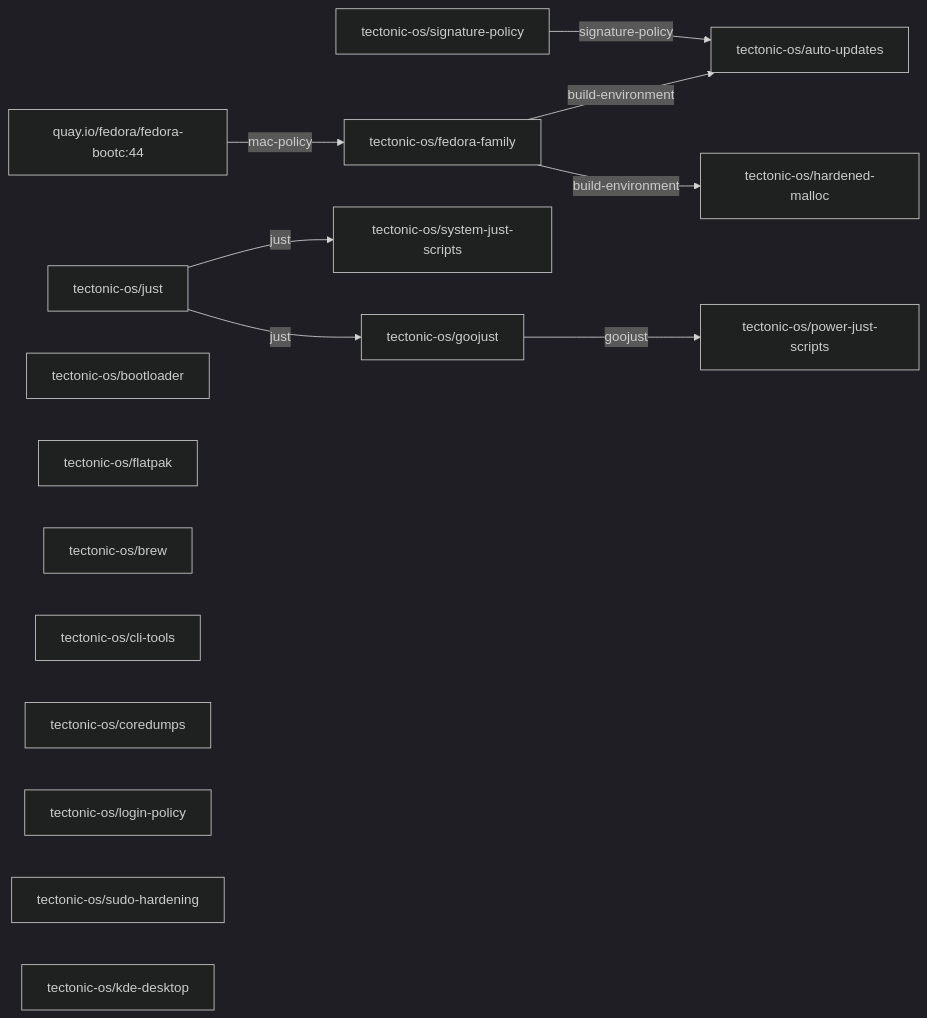
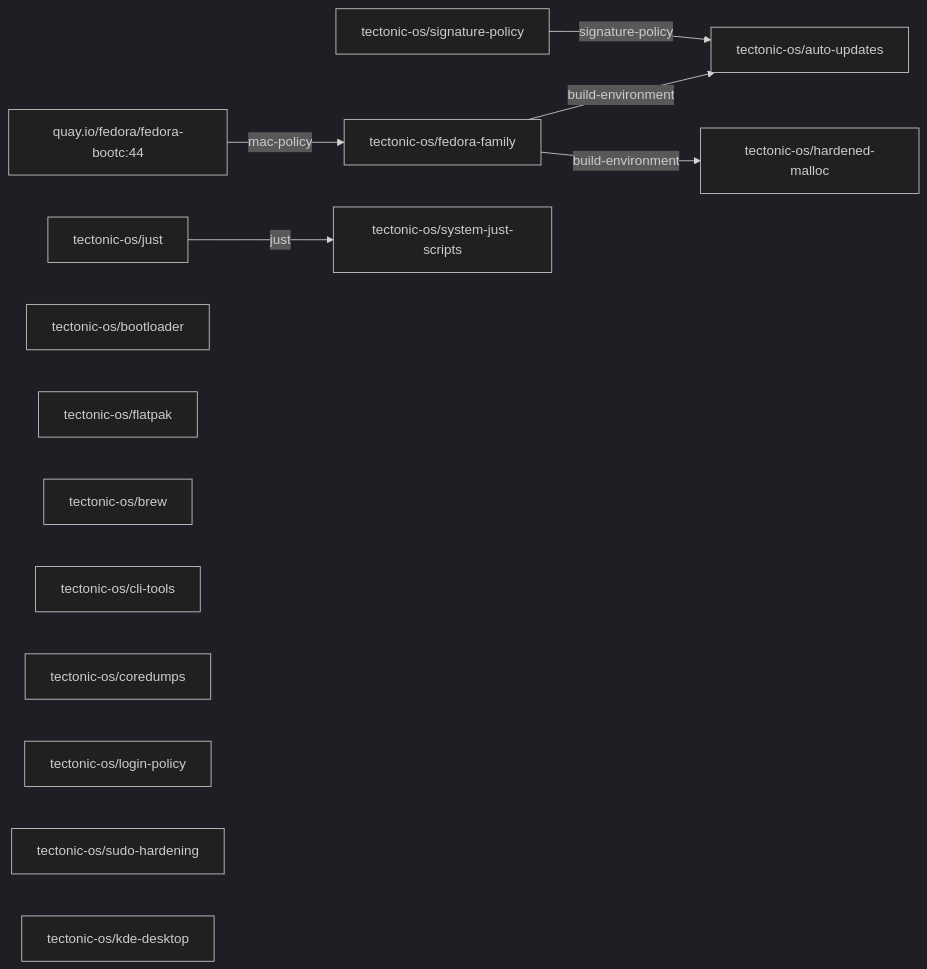
The diagram in generated/desktop.graph.md (tectonic-os/desktop), drawn with Mermaid (dark theme) before and after one commit. The commit also changed other lines of this file and 16 other files, not shown here.

````diff
--- a/generated/desktop.graph.md
+++ b/generated/desktop.graph.md
@@ -9,27 +9,23 @@
 ```mermaid
 graph LR
     base["quay.io/fedora/fedora-bootc:44"]
     m0["tectonic-os/fedora-family"]
     m1["tectonic-os/just"]
     m2["tectonic-os/bootloader"]
     m3["tectonic-os/signature-policy"]
     m4["tectonic-os/auto-updates"]
     m5["tectonic-os/system-just-scripts"]
     m6["tectonic-os/flatpak"]
     m7["tectonic-os/brew"]
     m8["tectonic-os/cli-tools"]
     m9["tectonic-os/coredumps"]
     m10["tectonic-os/login-policy"]
     m11["tectonic-os/hardened-malloc"]
     m12["tectonic-os/sudo-hardening"]
     m13["tectonic-os/kde-desktop"]
-    m14["tectonic-os/goojust"]
-    m15["tectonic-os/power-just-scripts"]
     base -->|"mac-policy"| m0
     m0 -->|"build-environment"| m4
     m0 -->|"build-environment"| m11
     m1 -->|"just"| m5
-    m1 -->|"just"| m14
     m3 -->|"signature-policy"| m4
-    m14 -->|"goojust"| m15
 ```
````
